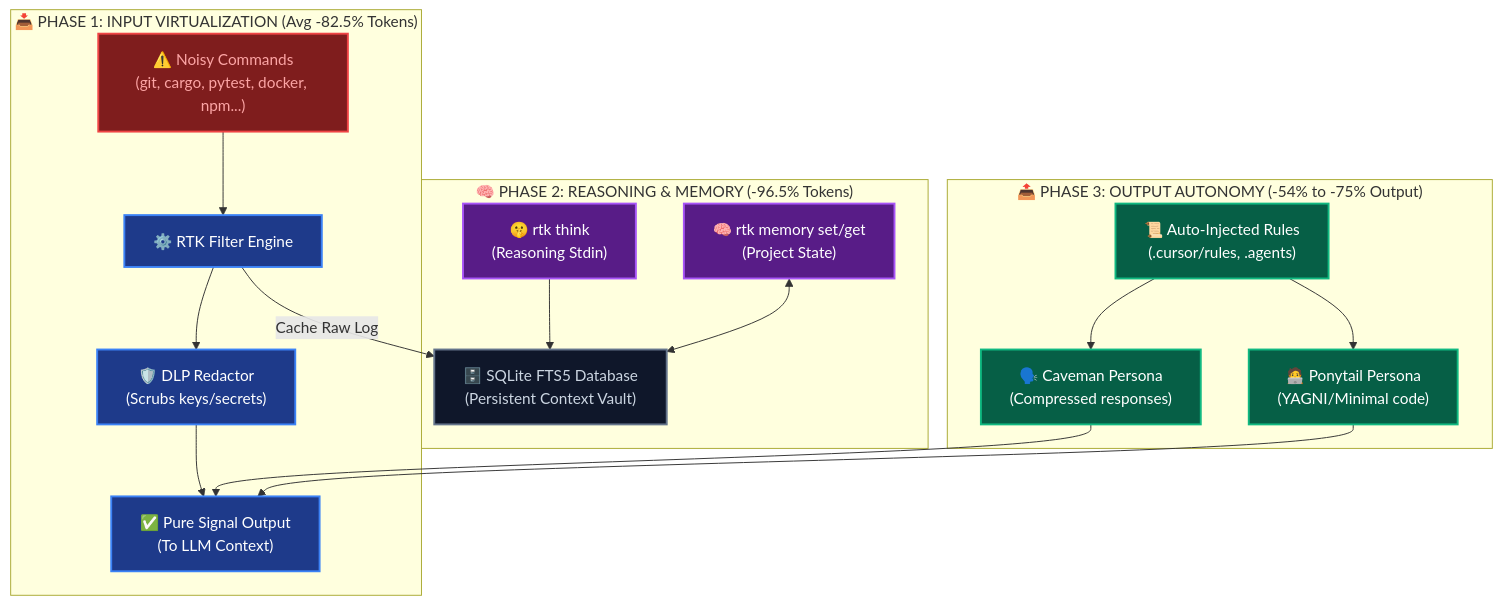
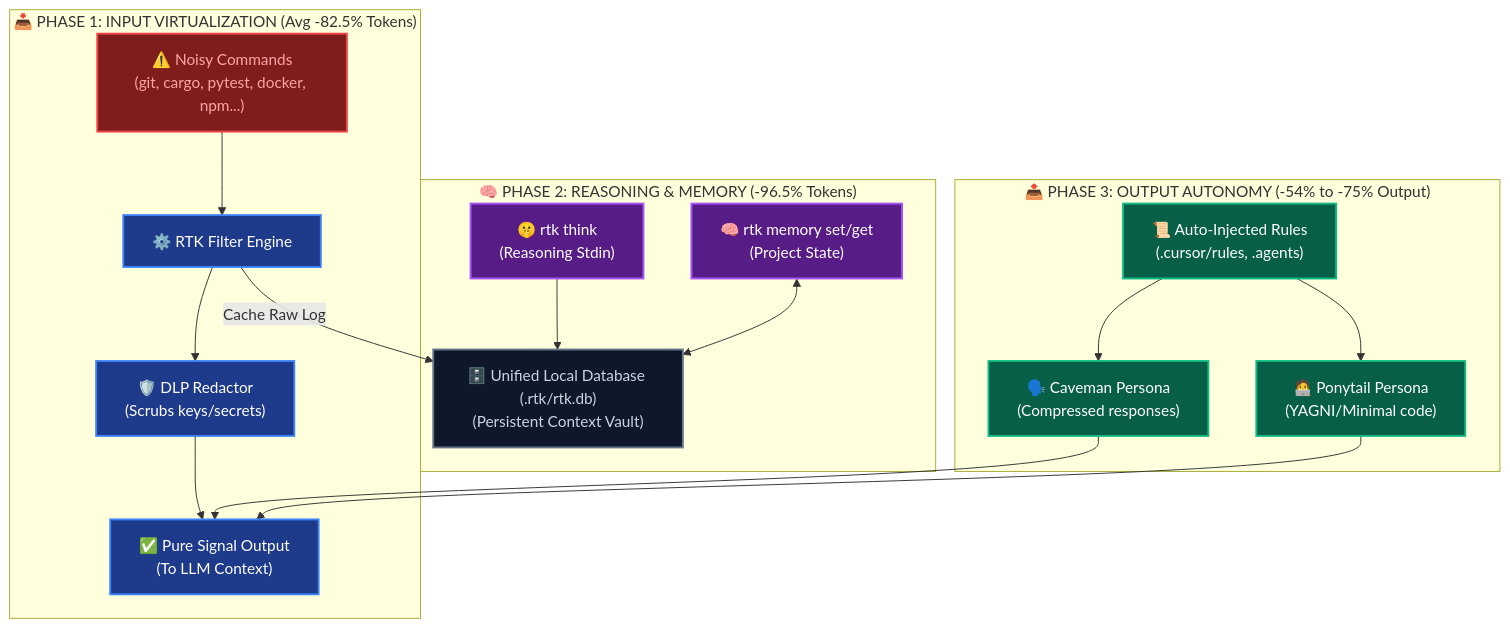
Before and after one commit to andreafinazziinfo/ai-token-saver: the first of 4 diagrams in README.md, drawn with Mermaid. The commit also changed other lines of this file, not shown here.

Commit message:
docs(readme): align pipeline and sequence mermaid diagrams with v2.0 database architecture

````diff
--- a/README.md
+++ b/README.md
@@ -38,42 +38,42 @@
 ```mermaid
 graph TD
     %% Define color classes
     classDef phase1 fill:#1e3a8a,stroke:#3b82f6,stroke-width:2px,color:#fff;
     classDef phase2 fill:#581c87,stroke:#a855f7,stroke-width:2px,color:#fff;
     classDef phase3 fill:#065f46,stroke:#10b981,stroke-width:2px,color:#fff;
     classDef database fill:#0f172a,stroke:#64748b,stroke-width:2px,color:#cbd5e1;
     classDef raw fill:#7f1d1d,stroke:#ef4444,stroke-width:2px,color:#fca5a5;
 
     %% Nodes
     subgraph P1["📥 PHASE 1: INPUT VIRTUALIZATION (Avg -82.5% Tokens)"]
         RawCmds["⚠️ Noisy Commands<br/>(git, cargo, pytest, docker, npm...)"]:::raw
         RTKEngine["⚙️ RTK Filter Engine"]:::phase1
         DLP["🛡️ DLP Redactor<br/>(Scrubs keys/secrets)"]:::phase1
         FilteredOut["✅ Pure Signal Output<br/>(To LLM Context)"]:::phase1
     end
 
     subgraph P2["🧠 PHASE 2: REASONING & MEMORY (-96.5% Tokens)"]
         RTKThink["🤫 rtk think<br/>(Reasoning Stdin)"]:::phase2
-        FTS5["🗄️ SQLite FTS5 Database<br/>(Persistent Context Vault)"]:::database
+        FTS5["🗄️ Unified Local Database (.rtk/rtk.db)<br/>(Persistent Context Vault)"]:::database
         RTKMemory["🧠 rtk memory set/get<br/>(Project State)"]:::phase2
     end
 
     subgraph P3["📤 PHASE 3: OUTPUT AUTONOMY (-54% to -75% Output)"]
         SystemRules["📜 Auto-Injected Rules<br/>(.cursor/rules, .agents)"]:::phase3
         Caveman["🗣️ Caveman Persona<br/>(Compressed responses)"]:::phase3
         Ponytail["🧑‍💻 Ponytail Persona<br/>(YAGNI/Minimal code)"]:::phase3
     end
 
     %% Flows
     RawCmds --> RTKEngine
     RTKEngine --> DLP
     DLP --> FilteredOut
     RTKEngine -- "Cache Raw Log" --> FTS5
     
     RTKThink --> FTS5
     RTKMemory <--> FTS5
 
     SystemRules --> Caveman
     SystemRules --> Ponytail
     Caveman & Ponytail --> FilteredOut
 ```
````
